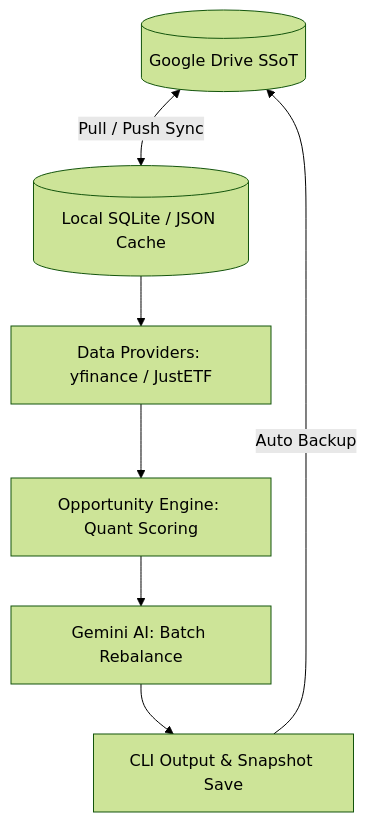
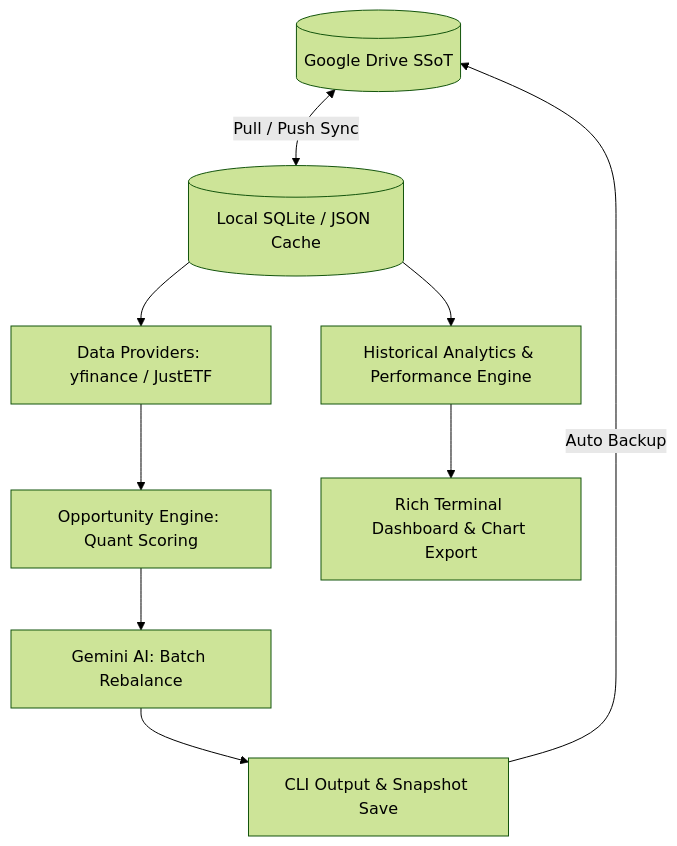
One commit to JoPedro15/finances changed the diagram in README.md. Above: the diagram before and after it, drawn with Mermaid (forest theme). The commit also changed other lines of this file and 22 other files, not shown here.

Commit message:
[FEAT] Portfolio Historical Performance & Analytics Dashboard

````diff
--- a/README.md
+++ b/README.md
@@ -27,9 +27,11 @@
 ```mermaid
 graph TD
     GDrive[(Google Drive SSoT)] <-->|Pull / Push Sync| LocalDB[(Local SQLite / JSON Cache)]
     LocalDB --> Providers[Data Providers: yfinance / JustETF]
+    LocalDB --> Analytics[Historical Analytics & Performance Engine]
     Providers --> Engine[Opportunity Engine: Quant Scoring]
     Engine --> Gemini[Gemini AI: Batch Rebalance]
+    Analytics --> Dashboard[Rich Terminal Dashboard & Chart Export]
     Gemini --> Report[CLI Output & Snapshot Save]
     Report -->|Auto Backup| GDrive
 ```
````
